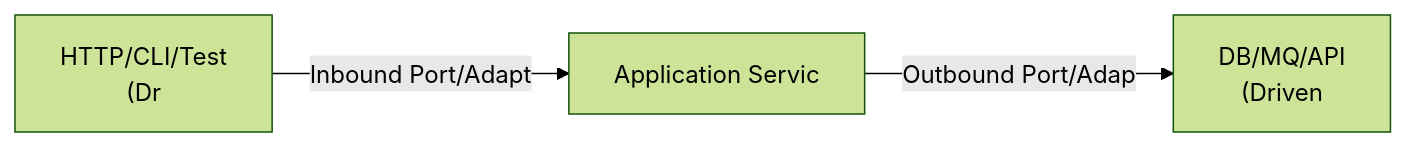
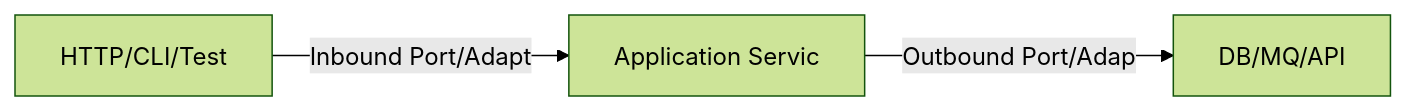
The first of 4 diagrams in _posts/architecture/2026-05-01-hexagonal.md (yjkim2015/yjkim2015.github.io), drawn with Mermaid (forest theme) before and after one commit. The commit also changed other lines of this file and 217 other files, not shown here.

First line of the commit message:
Mermaid 크기 수정: useMaxWidth:true + SVG max-width:100% + 라벨 축소

````diff
--- a/_posts/architecture/2026-05-01-hexagonal.md
+++ b/_posts/architecture/2026-05-01-hexagonal.md
@@ -60,8 +60,8 @@
 ```mermaid
 graph LR
-    HTTP["HTTP/CLI/Test\n(Dr"]
+    HTTP["HTTP/CLI/Test"]
     AS["Application Servic"]
-    DB["DB/MQ/API\n(Driven"]
+    DB["DB/MQ/API"]
     HTTP -->|"Inbound Port/Adapt"| AS
     AS -->|"Outbound Port/Adap"| DB
 ```
````
